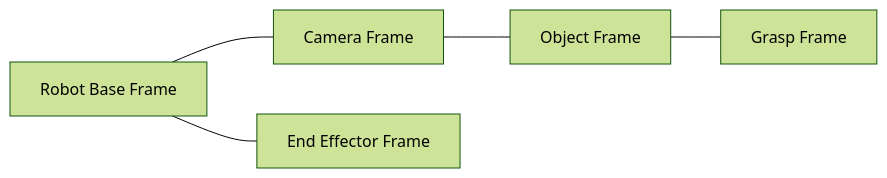
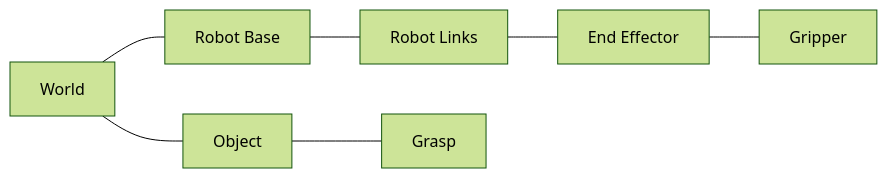
One commit to cgantro/GraspLink changed the diagram in docs/coordinate_system.md. Above: the diagram before and after it, drawn with Mermaid (forest theme). The commit also changed other lines of this file and 37 other files, not shown here.

````diff
--- a/docs/coordinate_system.md
+++ b/docs/coordinate_system.md
@@ -93,13 +51,17 @@
 ```mermaid
 flowchart LR
-    C[Camera Frame]
-    O[Object Frame]
-    G[Grasp Frame]
-    B[Robot Base Frame]
-    E[End Effector Frame]
+    W[World]
+    B[Robot Base]
+    L[Robot Links]
+    E[End Effector]
+    GR[Gripper]
+    O[Object]
+    G[Grasp]
 
-    C --- O
+    W --- B
+    B --- L
+    L --- E
+    E --- GR
+    W --- O
     O --- G
-    B --- C
-    B --- E
 ```
````
